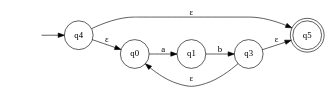
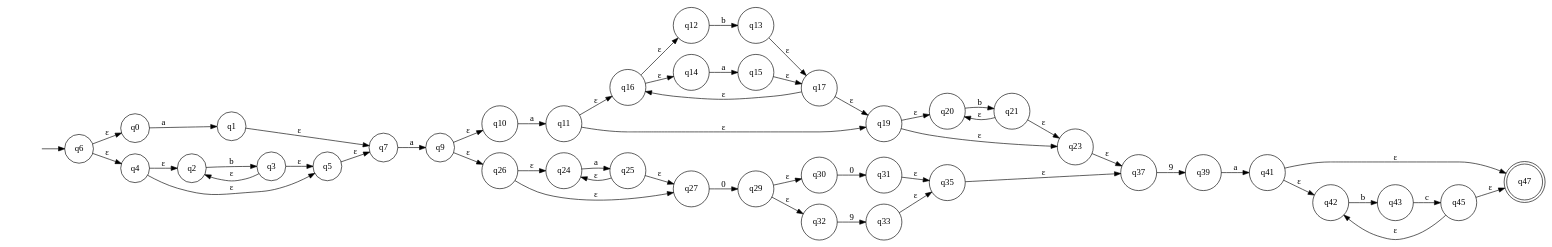
Before and after one commit to Logic-1729/CS2205-Lexer: the diagram in nfa_graph.dot, drawn with Graphviz. The commit also changed 10 other files, not shown here.

```diff
--- a/nfa_graph.dot
+++ b/nfa_graph.dot
@@ -1,14 +1,59 @@
 digraph NFA {
   rankdir=LR;
   node [shape=circle];
-  q5 [shape=doublecircle];
+  q47 [shape=doublecircle];
   __start0 [shape=none, label=""];
-  __start0 -> q4;
+  __start0 -> q6;
 
   q0 -> q1 [label="a"];
-  q1 -> q3 [label="b"];
-  q4 -> q0 [label="ε"];
+  q2 -> q3 [label="b"];
+  q4 -> q2 [label="ε"];
   q3 -> q5 [label="ε"];
-  q3 -> q0 [label="ε"];
+  q3 -> q2 [label="ε"];
   q4 -> q5 [label="ε"];
+  q6 -> q0 [label="ε"];
+  q6 -> q4 [label="ε"];
+  q1 -> q7 [label="ε"];
+  q5 -> q7 [label="ε"];
+  q7 -> q9 [label="a"];
+  q10 -> q11 [label="a"];
+  q12 -> q13 [label="b"];
+  q14 -> q15 [label="a"];
+  q16 -> q12 [label="ε"];
+  q16 -> q14 [label="ε"];
+  q13 -> q17 [label="ε"];
+  q15 -> q17 [label="ε"];
+  q11 -> q16 [label="ε"];
+  q17 -> q19 [label="ε"];
+  q17 -> q16 [label="ε"];
+  q11 -> q19 [label="ε"];
+  q20 -> q21 [label="b"];
+  q19 -> q20 [label="ε"];
+  q21 -> q23 [label="ε"];
+  q21 -> q20 [label="ε"];
+  q19 -> q23 [label="ε"];
+  q24 -> q25 [label="a"];
+  q26 -> q24 [label="ε"];
+  q25 -> q27 [label="ε"];
+  q25 -> q24 [label="ε"];
+  q26 -> q27 [label="ε"];
+  q27 -> q29 [label="0"];
+  q30 -> q31 [label="0"];
+  q32 -> q33 [label="9"];
+  q29 -> q30 [label="ε"];
+  q29 -> q32 [label="ε"];
+  q31 -> q35 [label="ε"];
+  q33 -> q35 [label="ε"];
+  q9 -> q10 [label="ε"];
+  q9 -> q26 [label="ε"];
+  q23 -> q37 [label="ε"];
+  q35 -> q37 [label="ε"];
+  q37 -> q39 [label="9"];
+  q39 -> q41 [label="a"];
+  q42 -> q43 [label="b"];
+  q43 -> q45 [label="c"];
+  q41 -> q42 [label="ε"];
+  q45 -> q47 [label="ε"];
+  q45 -> q42 [label="ε"];
+  q41 -> q47 [label="ε"];
 }
```
